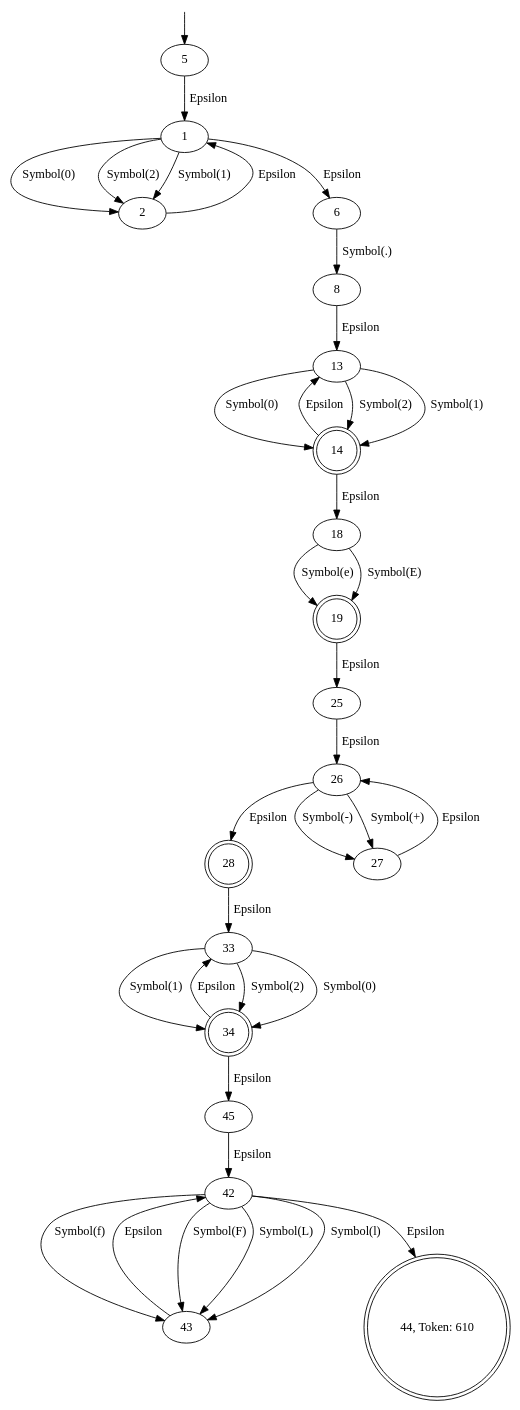
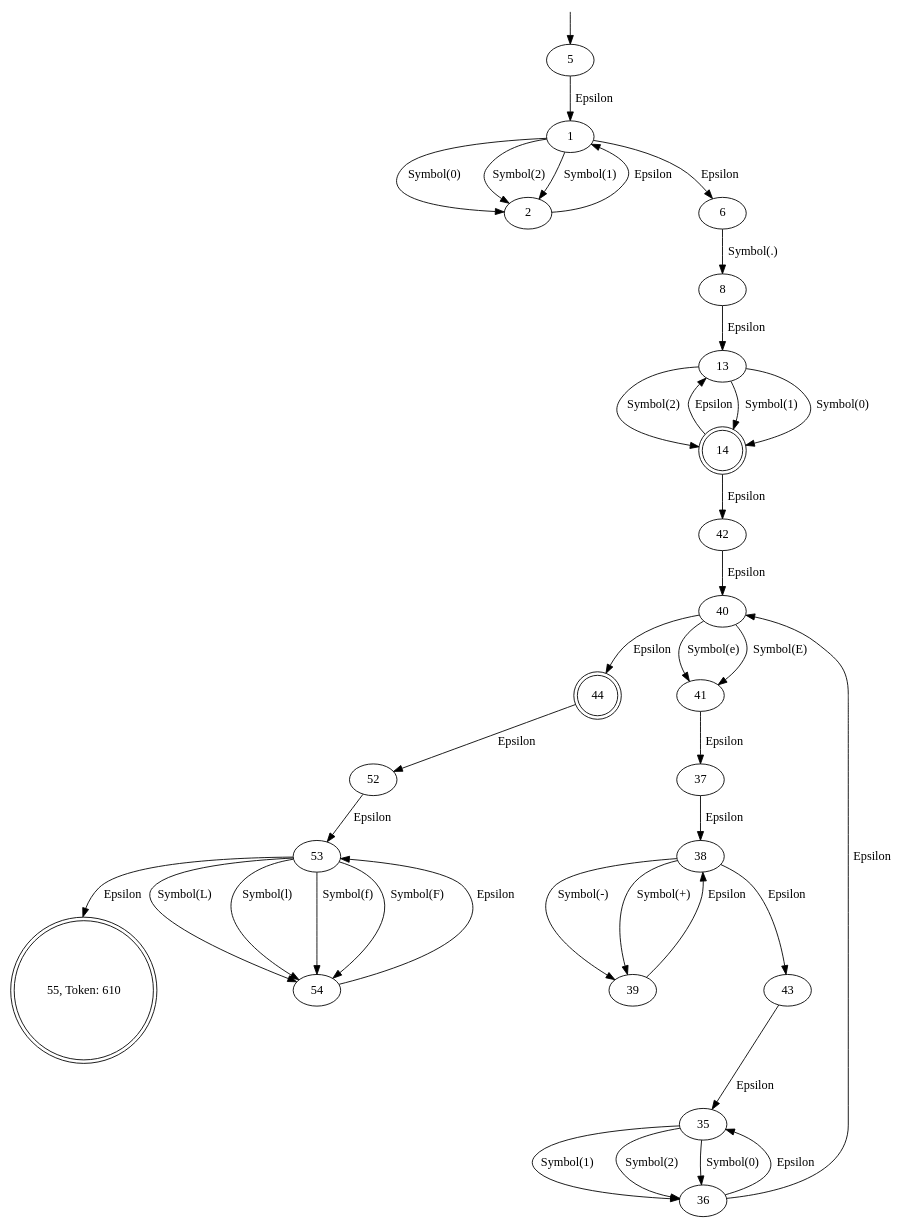
Before and after one commit to Thewbi/stm8_asm: the diagram in lexer_enfa_automaton.dot, drawn with Graphviz. The commit also changed 38 other files, not shown here.

```diff
--- a/lexer_enfa_automaton.dot
+++ b/lexer_enfa_automaton.dot
@@ -1,46 +1,47 @@
 // https://dreampuf.github.io/GraphvizOnline
 
 digraph {
 	start_pointer [label= "", shape=none,height=.0,width=.0]
 	start_pointer -> 5;
+	55[shape=doublecircle];
+	55[label="55, Token: 610"];
 	14[shape=doublecircle];
-	19[shape=doublecircle];
-	28[shape=doublecircle];
-	34[shape=doublecircle];
 	44[shape=doublecircle];
-	44[label="44, Token: 610"];
+	1 -> 2[label="Symbol(0)"];
+	40 -> 41[label="Symbol(e)"];
+	44 -> 52[label="Epsilon"];
+	38 -> 39[label="Symbol(-)"];
+	41 -> 37[label="Epsilon"];
+	8 -> 13[label="Epsilon"];
+	35 -> 36[label="Symbol(1)"];
+	36 -> 35[label="Epsilon"];
+	36 -> 40[label="Epsilon"];
+	53 -> 54[label="Symbol(L)"];
+	39 -> 38[label="Epsilon"];
+	1 -> 2[label="Symbol(2)"];
+	53 -> 55[label="Epsilon"];
+	14 -> 13[label="Epsilon"];
+	14 -> 42[label="Epsilon"];
+	40 -> 41[label="Symbol(E)"];
+	35 -> 36[label="Symbol(2)"];
+	42 -> 40[label="Epsilon"];
+	52 -> 53[label="Epsilon"];
+	1 -> 6[label="Epsilon"];
+	38 -> 43[label="Epsilon"];
+	54 -> 53[label="Epsilon"];
 	5 -> 1[label="Epsilon"];
-	18 -> 19[label="Symbol(e)"];
-	18 -> 19[label="Symbol(E)"];
-	43 -> 42[label="Epsilon"];
-	1 -> 2[label="Symbol(0)"];
-	33 -> 34[label="Symbol(2)"];
+	13 -> 14[label="Symbol(1)"];
+	13 -> 14[label="Symbol(0)"];
+	53 -> 54[label="Symbol(l)"];
+	13 -> 14[label="Symbol(2)"];
+	43 -> 35[label="Epsilon"];
 	6 -> 8[label="Symbol(.)"];
-	42 -> 43[label="Symbol(F)"];
-	26 -> 28[label="Epsilon"];
-	19 -> 25[label="Epsilon"];
-	13 -> 14[label="Symbol(2)"];
-	13 -> 14[label="Symbol(1)"];
-	8 -> 13[label="Epsilon"];
-	28 -> 33[label="Epsilon"];
+	35 -> 36[label="Symbol(0)"];
+	38 -> 39[label="Symbol(+)"];
+	1 -> 2[label="Symbol(1)"];
+	53 -> 54[label="Symbol(f)"];
+	40 -> 44[label="Epsilon"];
 	2 -> 1[label="Epsilon"];
-	26 -> 27[label="Symbol(-)"];
-	42 -> 43[label="Symbol(L)"];
-	34 -> 45[label="Epsilon"];
-	34 -> 33[label="Epsilon"];
-	42 -> 44[label="Epsilon"];
-	1 -> 2[label="Symbol(2)"];
-	26 -> 27[label="Symbol(+)"];
-	27 -> 26[label="Epsilon"];
-	1 -> 2[label="Symbol(1)"];
-	42 -> 43[label="Symbol(l)"];
-	1 -> 6[label="Epsilon"];
-	13 -> 14[label="Symbol(0)"];
-	33 -> 34[label="Symbol(0)"];
-	14 -> 18[label="Epsilon"];
-	14 -> 13[label="Epsilon"];
-	45 -> 42[label="Epsilon"];
-	33 -> 34[label="Symbol(1)"];
-	25 -> 26[label="Epsilon"];
-	42 -> 43[label="Symbol(f)"];
+	53 -> 54[label="Symbol(F)"];
+	37 -> 38[label="Epsilon"];
 }
```
